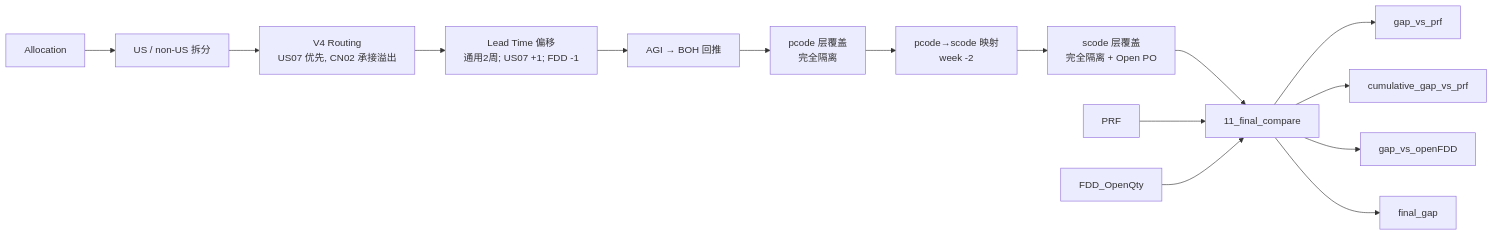
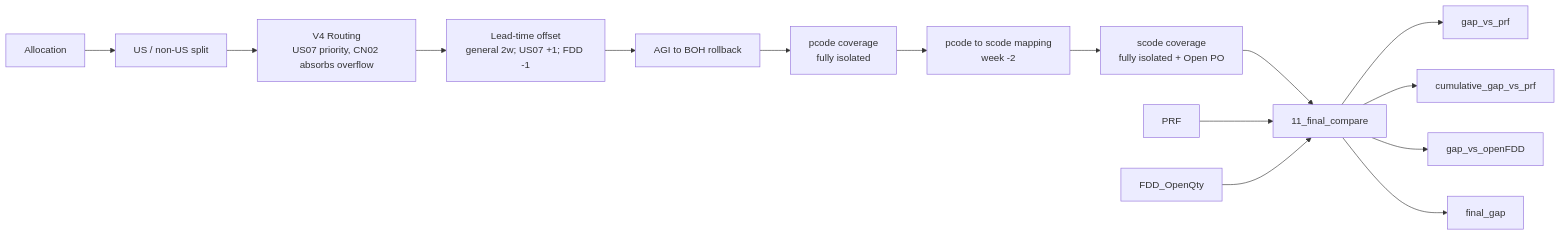
The diagram in README.md (HoloClem/excel-planning-automation-demo), drawn with Mermaid before and after one commit. The commit also changed other lines of this file, not shown here.

````diff
--- a/README.md
+++ b/README.md
@@ -56,17 +80,17 @@
 ```mermaid
 graph LR
-    A[Allocation] --> B[US / non-US 拆分]
-    B --> C[V4 Routing<br/>US07 优先, CN02 承接溢出]
-    C --> D[Lead Time 偏移<br/>通用2周; US07 +1; FDD -1]
-    D --> E[AGI → BOH 回推]
-    E --> F[pcode 层覆盖<br/>完全隔离]
-    F --> G[pcode→scode 映射<br/>week -2]
-    G --> H[scode 层覆盖<br/>完全隔离 + Open PO]
+    A[Allocation] --> B[US / non-US split]
+    B --> C[V4 Routing<br/>US07 priority, CN02 absorbs overflow]
+    C --> D[Lead-time offset<br/>general 2w; US07 +1; FDD -1]
+    D --> E[AGI to BOH rollback]
+    E --> F[pcode coverage<br/>fully isolated]
+    F --> G[pcode to scode mapping<br/>week -2]
+    G --> H[scode coverage<br/>fully isolated + Open PO]
     H --> I[11_final_compare]
     J[PRF] --> I
     K[FDD_OpenQty] --> I
     I --> L[gap_vs_prf]
     I --> M[cumulative_gap_vs_prf]
     I --> N[gap_vs_openFDD]
     I --> O[final_gap]
 ```
````
